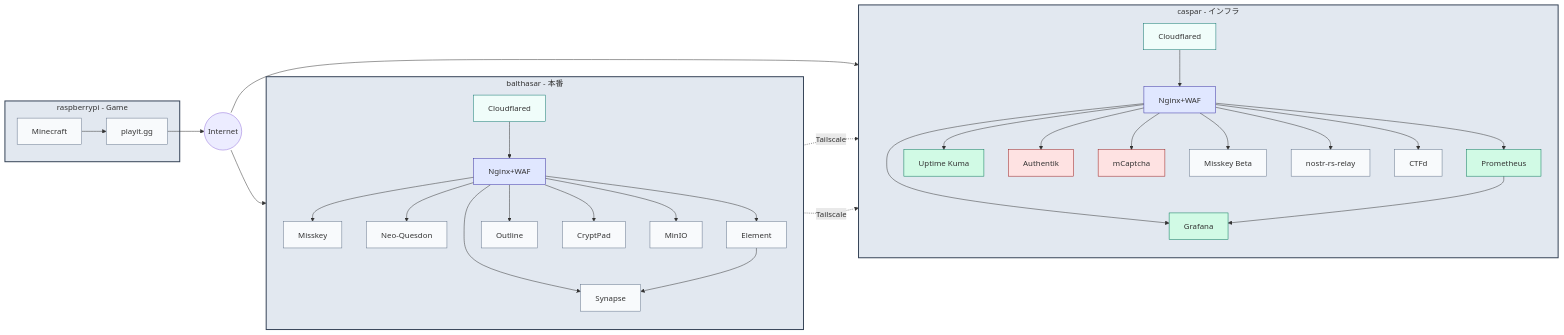
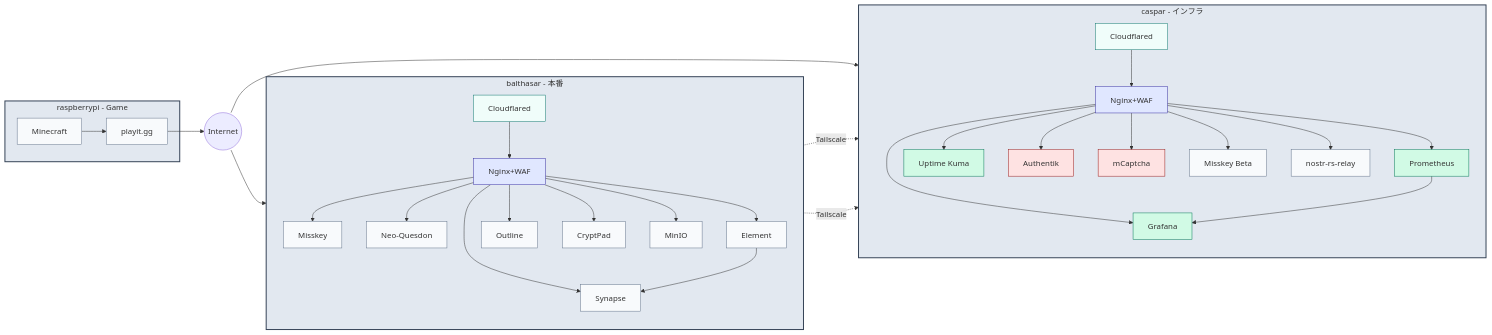
One commit to yamisskey-dev/yamisskey-host changed the first of 6 diagrams in README.md. Above: the diagram before and after it, drawn with Mermaid. The commit also changed other lines of this file, not shown here.

````diff
--- a/README.md
+++ b/README.md
@@ -5,52 +5,51 @@
 ```mermaid
 graph LR
     classDef server fill:#e2e8f0,stroke:#334155,stroke-width:2px
     classDef cf fill:#f0fdfa,stroke:#0f766e
     classDef proxy fill:#e0e7ff,stroke:#3730a3
     classDef sec fill:#fee2e2,stroke:#991b1b
     classDef mon fill:#d1fae5,stroke:#047857
     classDef svc fill:#f8fafc,stroke:#64748b
 
     internet((Internet))
 
     subgraph balthasar[balthasar - 本番]
         direction TB
         cf_b[Cloudflared]:::cf --> nginx_b[Nginx+WAF]:::proxy
 
         nginx_b --> misskey[Misskey]:::svc
         nginx_b --> neoquesdon[Neo-Quesdon]:::svc
         nginx_b --> synapse[Synapse]:::svc
         nginx_b --> element[Element]:::svc
         nginx_b --> outline[Outline]:::svc
         nginx_b --> cryptpad[CryptPad]:::svc
         nginx_b --> minio[MinIO]:::svc
     end
 
     subgraph caspar[caspar - インフラ]
         direction TB
         cf_c[Cloudflared]:::cf --> nginx_c[Nginx+WAF]:::proxy
 
         nginx_c --> prometheus[Prometheus]:::mon
         nginx_c --> grafana[Grafana]:::mon
         nginx_c --> uptime[Uptime Kuma]:::mon
         nginx_c --> authentik[Authentik]:::sec
         nginx_c --> mcaptcha[mCaptcha]:::sec
         nginx_c --> misskey_beta[Misskey Beta]:::svc
         nginx_c --> nostr[nostr-rs-relay]:::svc
-        nginx_c --> ctfd[CTFd]:::svc
     end
 
     subgraph rpi[raspberrypi - Game]
         minecraft[Minecraft]:::svc --> playig[playit.gg]:::svc
     end
 
     internet --> cf_b & cf_c
     playig --> internet
 
     misskey -.->|Tailscale| mcaptcha
     outline -.->|Tailscale| authentik
     element --> synapse
     prometheus --> grafana
 
     class balthasar,caspar,rpi server
 ```
````
